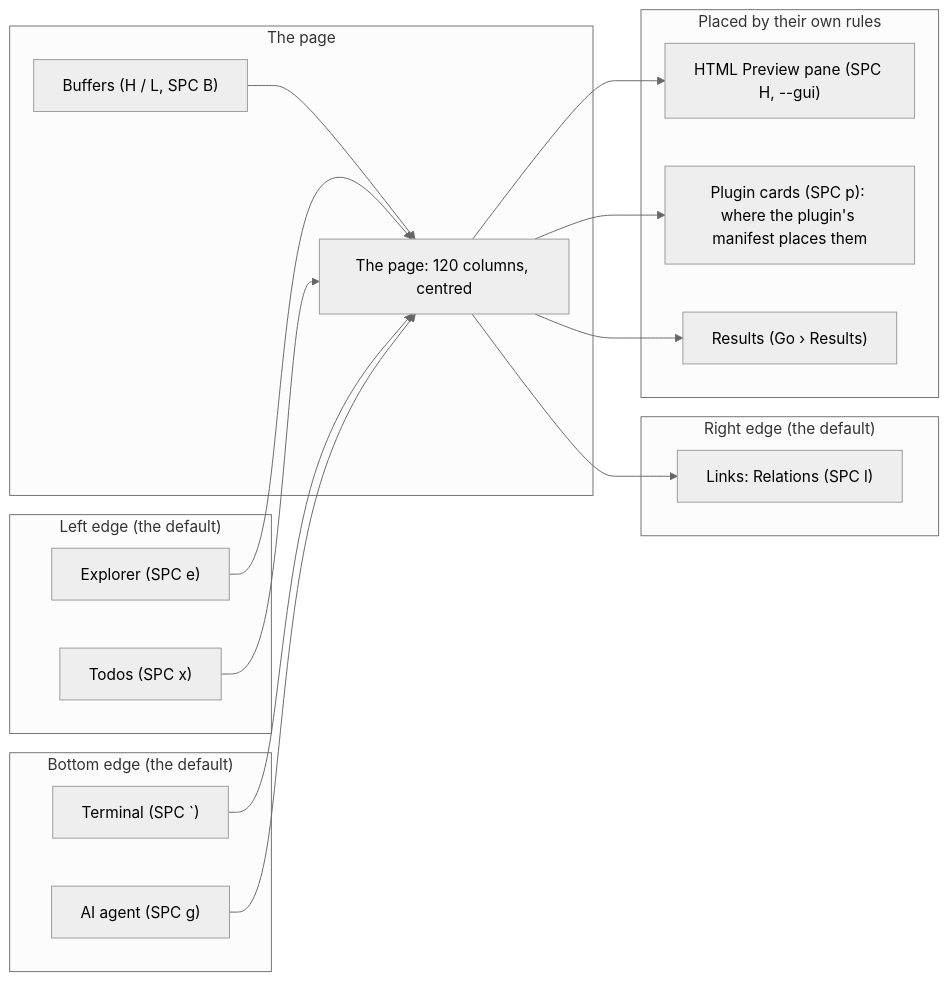
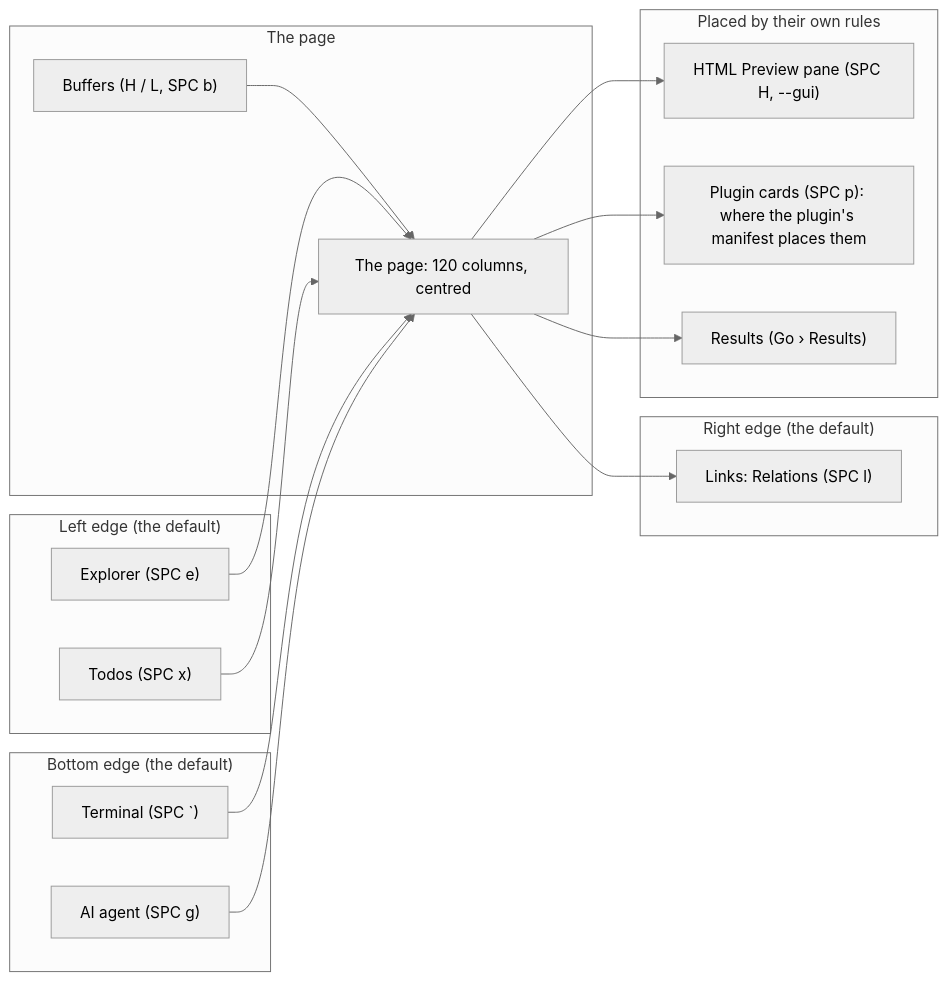
One commit to yongjohnlee80/autodoc changed the diagram in docs/reference/03-modal-editor-and-panels/panel-docking-layout.mmd. Above: the diagram before and after it, drawn with Mermaid (neutral theme). The commit also changed 29 other files, not shown here.

```diff
--- a/docs/reference/03-modal-editor-and-panels/panel-docking-layout.mmd
+++ b/docs/reference/03-modal-editor-and-panels/panel-docking-layout.mmd
@@ -1,35 +1,35 @@
 flowchart LR
     subgraph Left["Left edge (the default)"]
         FILES["Explorer (SPC e)"]
         TODOS["Todos (SPC x)"]
     end
 
     subgraph Center["The page"]
-        TABS["Buffers (H / L, SPC B)"]
+        TABS["Buffers (H / L, SPC b)"]
         PAGE["The page: 120 columns, centred"]
     end
 
     subgraph Right["Right edge (the default)"]
         REL["Links: Relations (SPC l)"]
     end
 
     subgraph Bottom["Bottom edge (the default)"]
         TERM["Terminal (SPC `)"]
         AGENT["AI agent (SPC g)"]
     end
 
     subgraph Other["Placed by their own rules"]
         PREV["HTML Preview pane (SPC H, --gui)"]
         CARDS["Plugin cards (SPC p): where the plugin's manifest places them"]
         RESULTS["Results (Go › Results)"]
     end
 
     TABS --> PAGE
     FILES --> PAGE
     TODOS --> PAGE
     PAGE --> REL
     TERM --> PAGE
     AGENT --> PAGE
     PAGE --> PREV
     PAGE --> CARDS
     PAGE --> RESULTS
```
